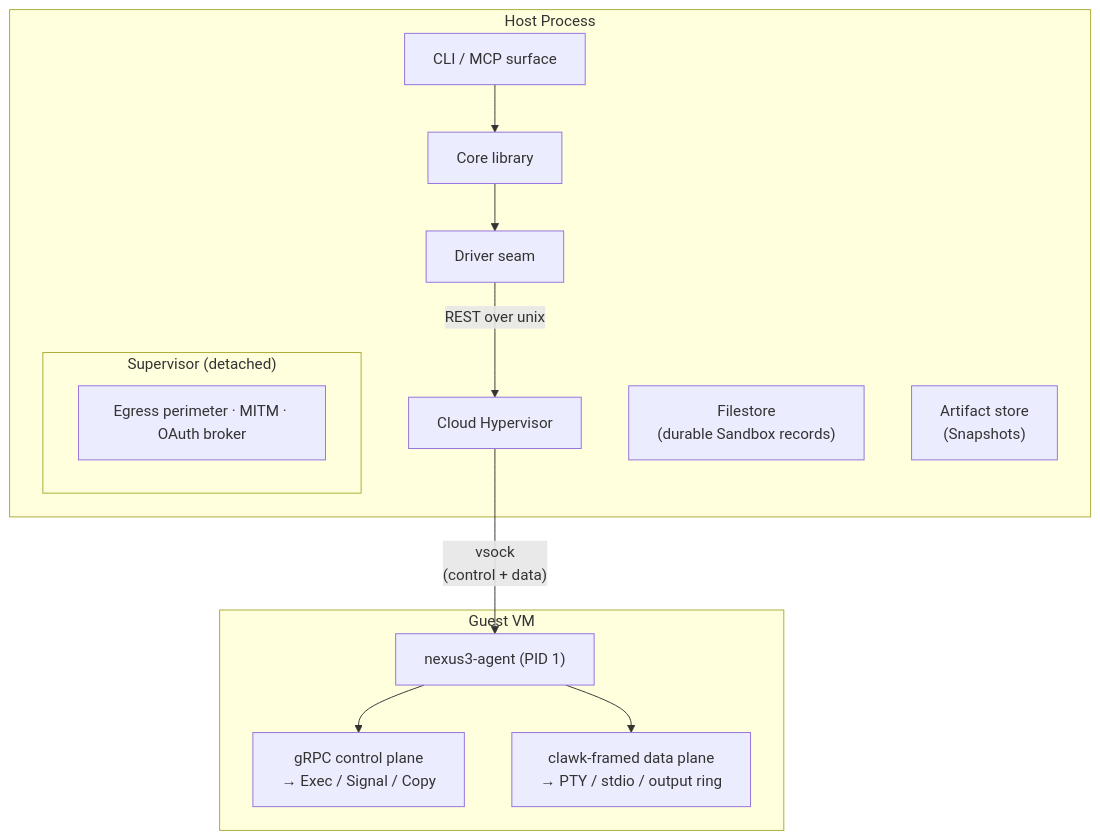
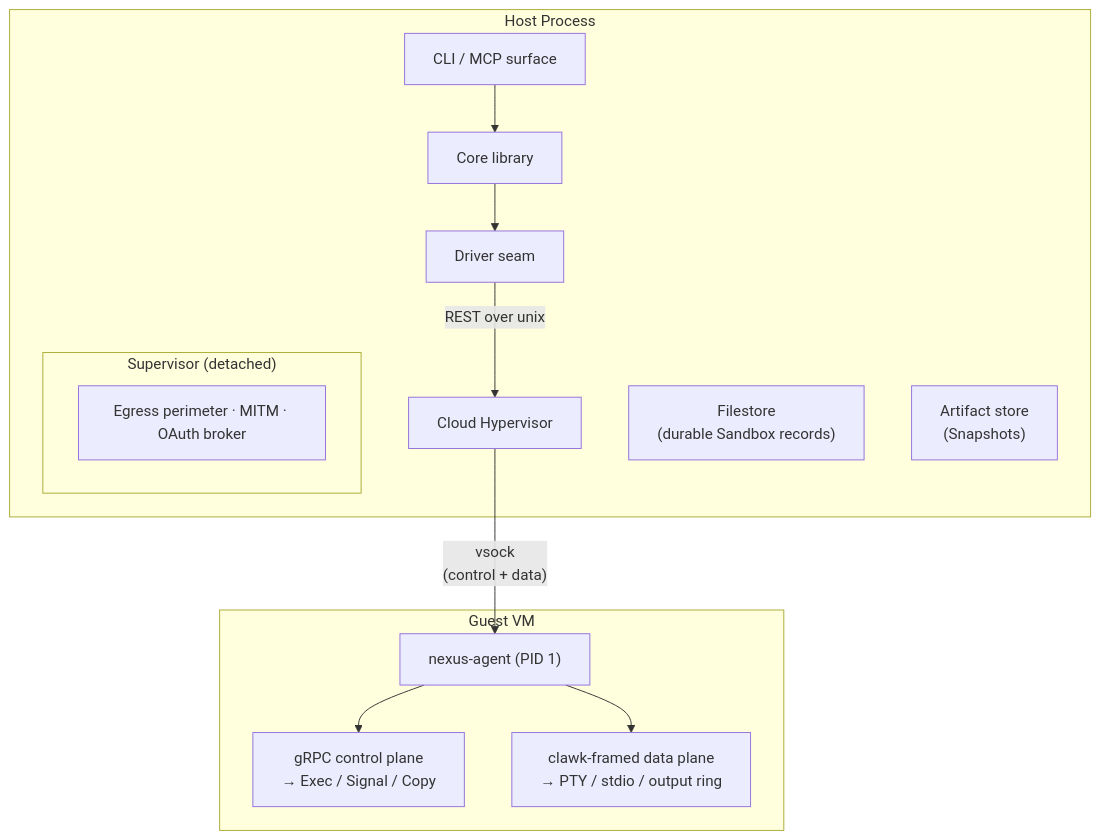
The diagram in docs/site/sandboxes/index.md (IniZio/nexus), drawn with Mermaid before and after one commit. The commit also changed other lines of this file and 903 other files, not shown here.

````diff
--- a/docs/site/sandboxes/index.md
+++ b/docs/site/sandboxes/index.md
@@ -34,19 +34,19 @@
 ```mermaid
 flowchart TD
     subgraph HOST["Host Process"]
         CLI["CLI / MCP surface"] --> CORE["Core library"]
         CORE --> DRIVER["Driver seam"]
         DRIVER -->|"REST over unix"| CH["Cloud Hypervisor"]
         FS["Filestore<br/>(durable Sandbox records)"]
         AS["Artifact store<br/>(Snapshots)"]
         subgraph SUP["Supervisor (detached)"]
             EP["Egress perimeter · MITM · OAuth broker"]
         end
     end
     CH -->|"vsock<br/>(control + data)"| AGENT
     subgraph GUEST["Guest VM"]
-        AGENT["nexus3-agent (PID 1)"]
+        AGENT["nexus-agent (PID 1)"]
         AGENT --> CTRL["gRPC control plane<br/>→ Exec / Signal / Copy"]
         AGENT --> DATA["clawk-framed data plane<br/>→ PTY / stdio / output ring"]
     end
 ```
````
